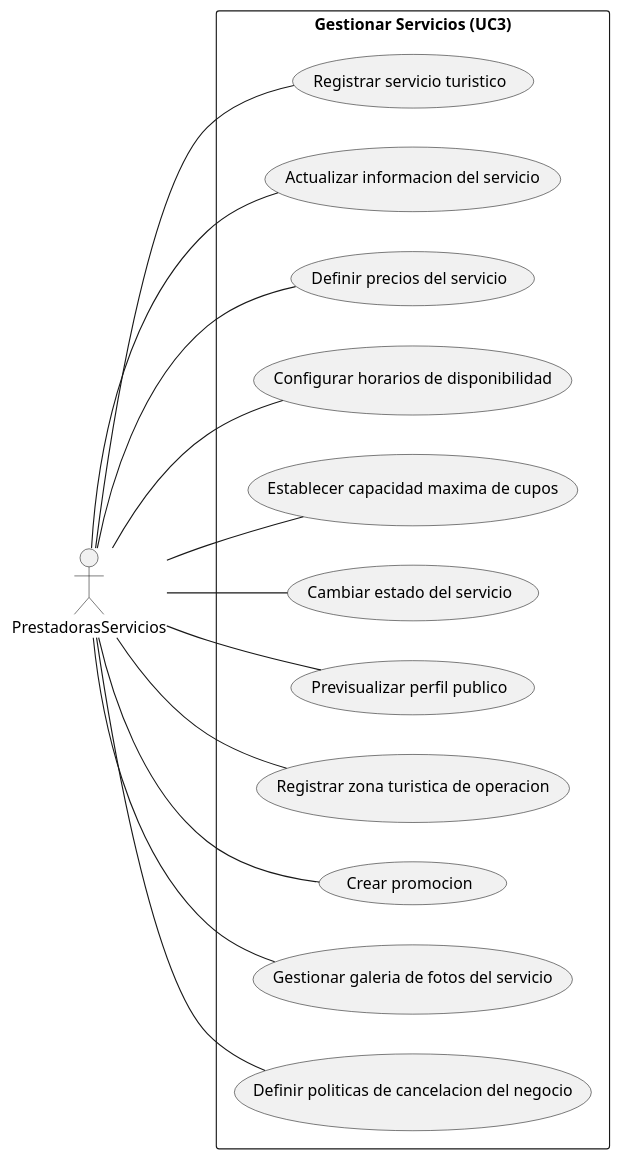
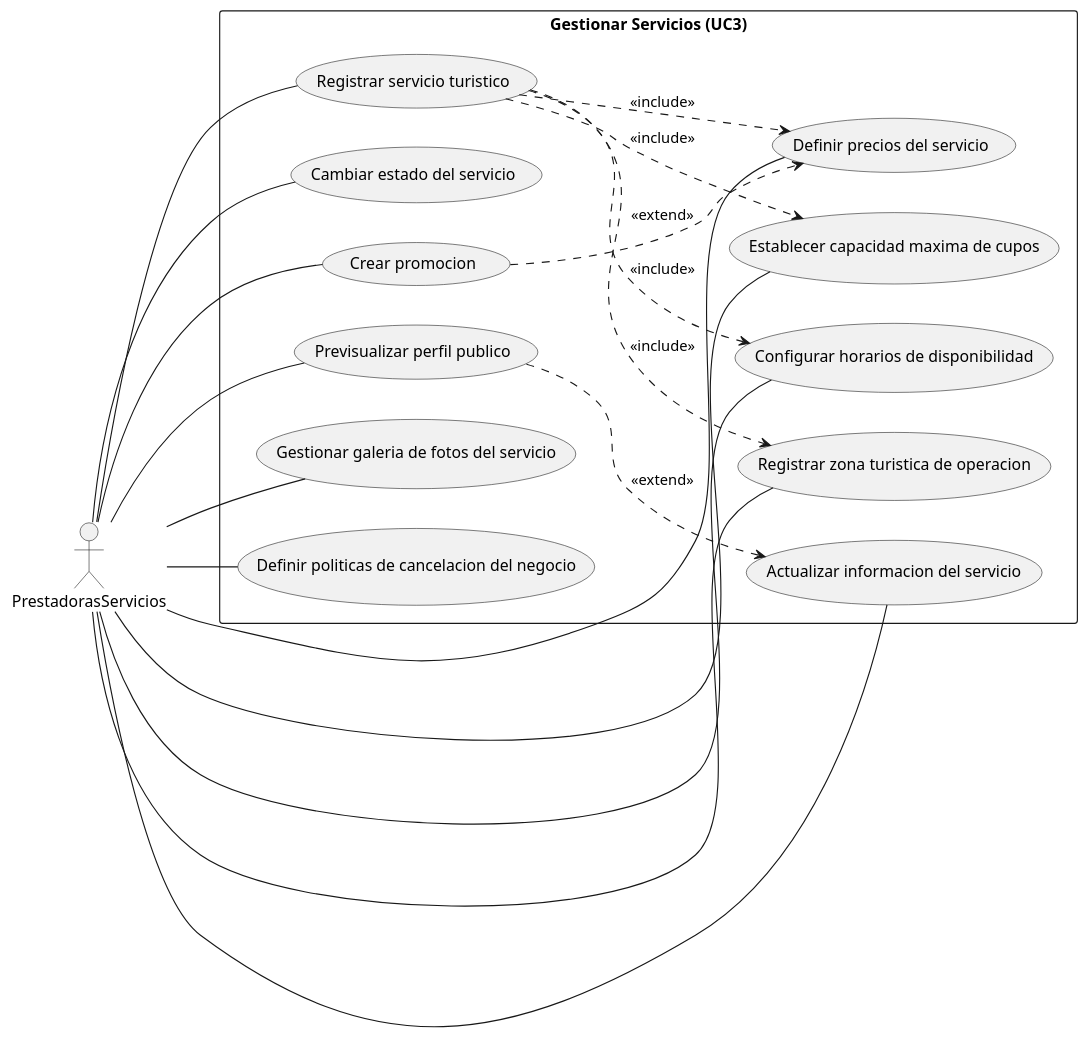
One commit to xdark-nessx20/SM-Xplore changed the diagram in docs/modelos/uc-lvl-1/gestionar-servicios/prestadora-diagrama.puml. Above: the diagram before and after it, drawn with PlantUML. The commit also changed 3 other files, not shown here.

Commit message:
add include/extend relations to PDS lvl1 diagrams

```diff
--- a/docs/modelos/uc-lvl-1/gestionar-servicios/prestadora-diagrama.puml
+++ b/docs/modelos/uc-lvl-1/gestionar-servicios/prestadora-diagrama.puml
@@ -1,33 +1,40 @@
 @startuml
 
 left to right direction
 
 actor PrestadorasServicios as P
 
 rectangle "Gestionar Servicios (UC3)" {
     usecase "Registrar servicio turistico" as UC3_1
     usecase "Actualizar informacion del servicio" as UC3_2
     usecase "Definir precios del servicio" as UC3_3
     usecase "Configurar horarios de disponibilidad" as UC3_4
     usecase "Establecer capacidad maxima de cupos" as UC3_5
     usecase "Cambiar estado del servicio" as UC3_6
     usecase "Previsualizar perfil publico" as UC3_7
     usecase "Registrar zona turistica de operacion" as UC3_8
     usecase "Crear promocion" as UC3_9
     usecase "Gestionar galeria de fotos del servicio" as UC3_10
     usecase "Definir politicas de cancelacion del negocio" as UC3_11
 }
 
 P -- UC3_1
 P -- UC3_2
 P -- UC3_3
 P -- UC3_4
 P -- UC3_5
 P -- UC3_6
 P -- UC3_7
 P -- UC3_8
 P -- UC3_9
 P -- UC3_10
 P -- UC3_11
 
+UC3_1 ..> UC3_3 : <<include>>
+UC3_1 ..> UC3_4 : <<include>>
+UC3_1 ..> UC3_5 : <<include>>
+UC3_1 ..> UC3_8 : <<include>>
+UC3_9 ..> UC3_3 : <<extend>>
+UC3_7 ..> UC3_2 : <<extend>>
+
 @enduml
```
